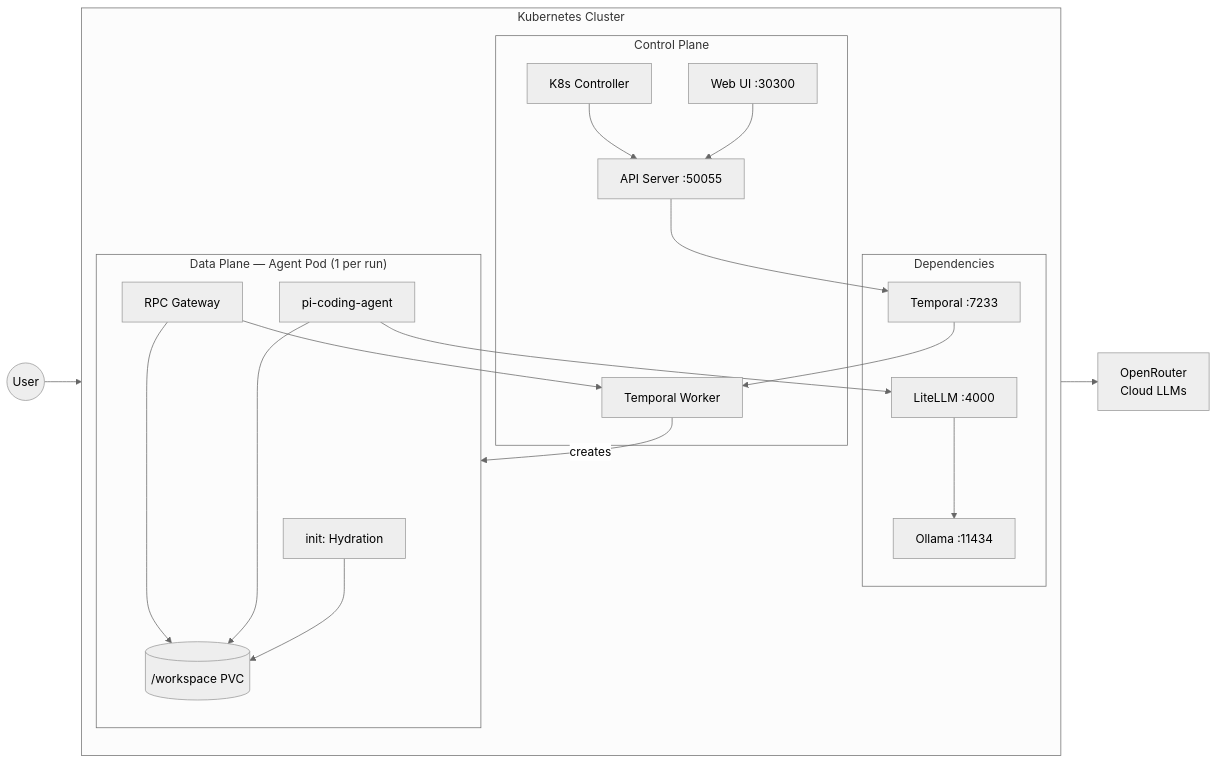
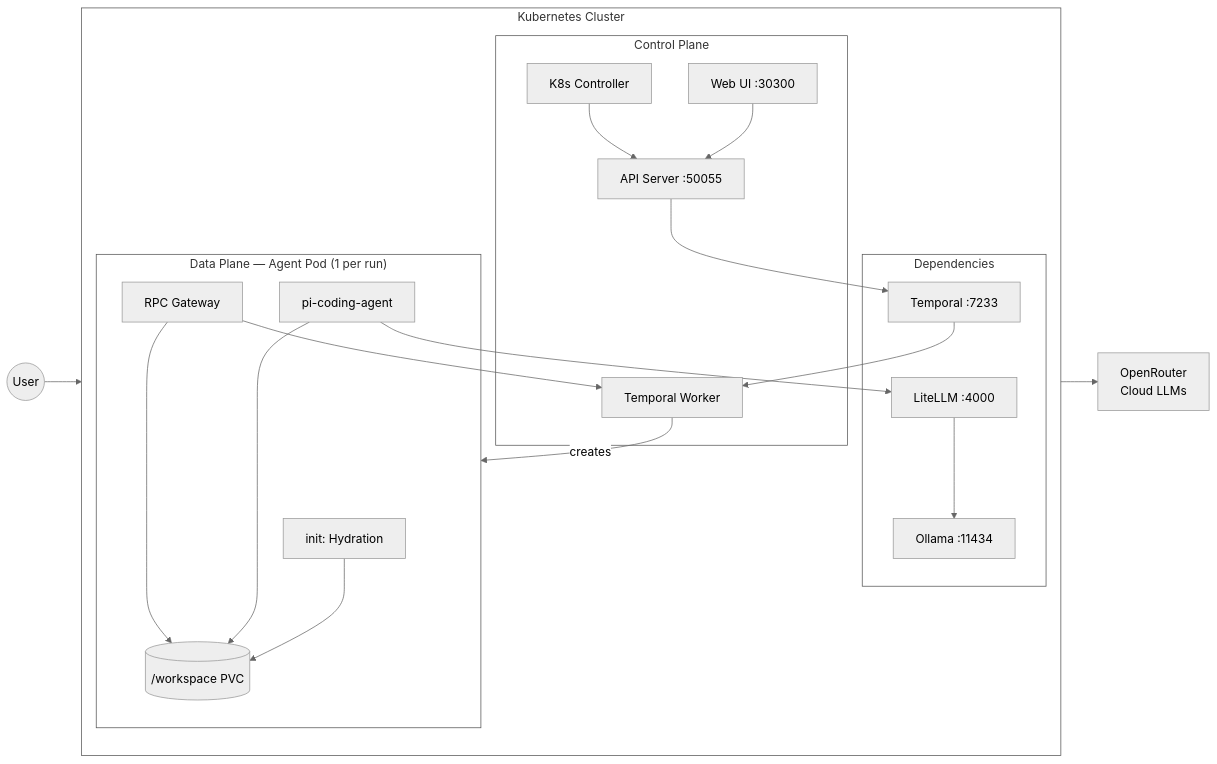
The first of 2 diagrams in README.md (ross-corp/uncworks), drawn with Mermaid (neutral theme) before and after one commit. The commit also changed other lines of this file, not shown here.

Commit message:
fix: transparent subgraph backgrounds, simplify sequence to user story

````diff
--- a/README.md
+++ b/README.md
@@ -40,43 +40,48 @@
 ```mermaid
 graph LR
     User(("User"))
     Cloud["OpenRouter<br/>Cloud LLMs"]
 
     subgraph K8s["Kubernetes Cluster"]
         direction TB
 
         subgraph CP["Control Plane"]
             Web["Web UI :30300"]
             API["API Server :50055"]
             Ctrl["K8s Controller"]
             TW["Temporal Worker"]
         end
 
         subgraph Deps["Dependencies"]
             Temporal["Temporal :7233"]
             LiteLLM["LiteLLM :4000"]
             Ollama["Ollama :11434"]
         end
 
         subgraph DP["Data Plane — Agent Pod (1 per run)"]
             Init["init: Hydration"]
             Pi["pi-coding-agent"]
             Sidecar["RPC Gateway"]
             PVC[("/workspace PVC")]
         end
     end
 
     User --> Web
     Web --> API
     API --> Temporal
     Temporal --> TW
     Ctrl --> API
     TW -->|creates| DP
     Sidecar --> TW
     Pi --> LiteLLM
     LiteLLM --> Ollama
     LiteLLM --> Cloud
     Init --> PVC
     Pi --> PVC
     Sidecar --> PVC
+
+    style K8s fill:transparent,stroke:#555
+    style CP fill:transparent,stroke:#555
+    style Deps fill:transparent,stroke:#555
+    style DP fill:transparent,stroke:#555
 ```
````
